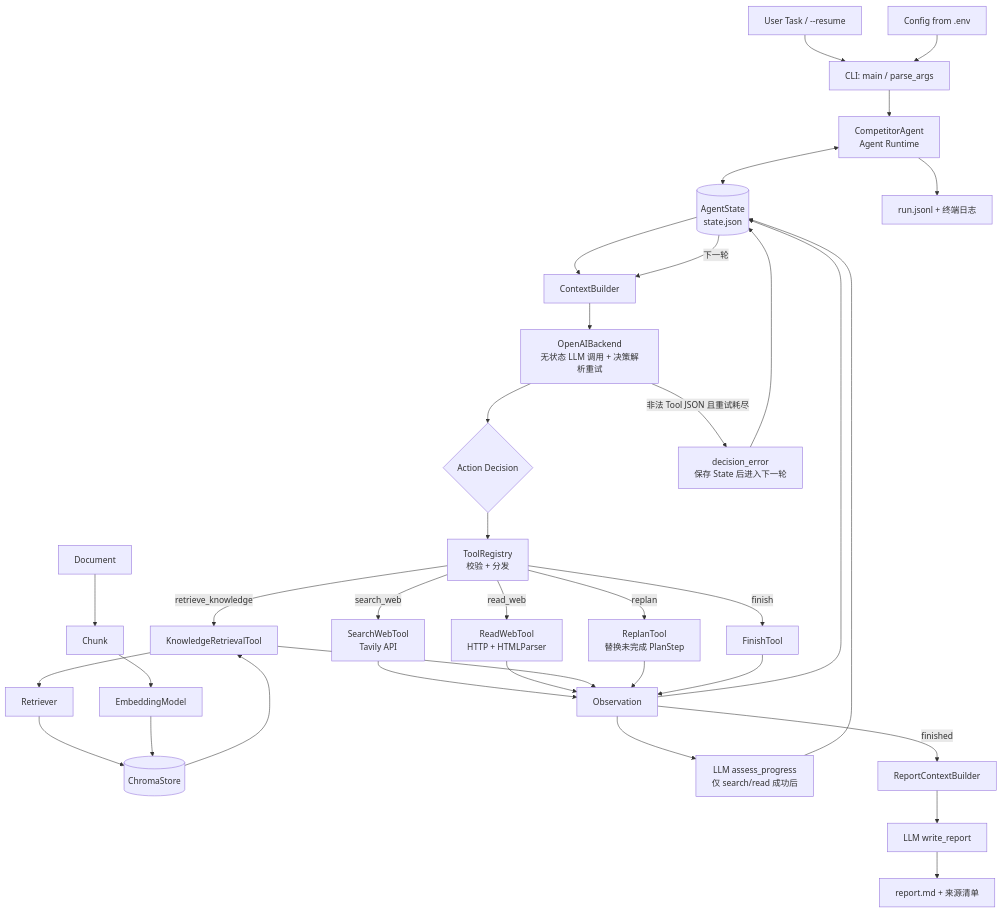
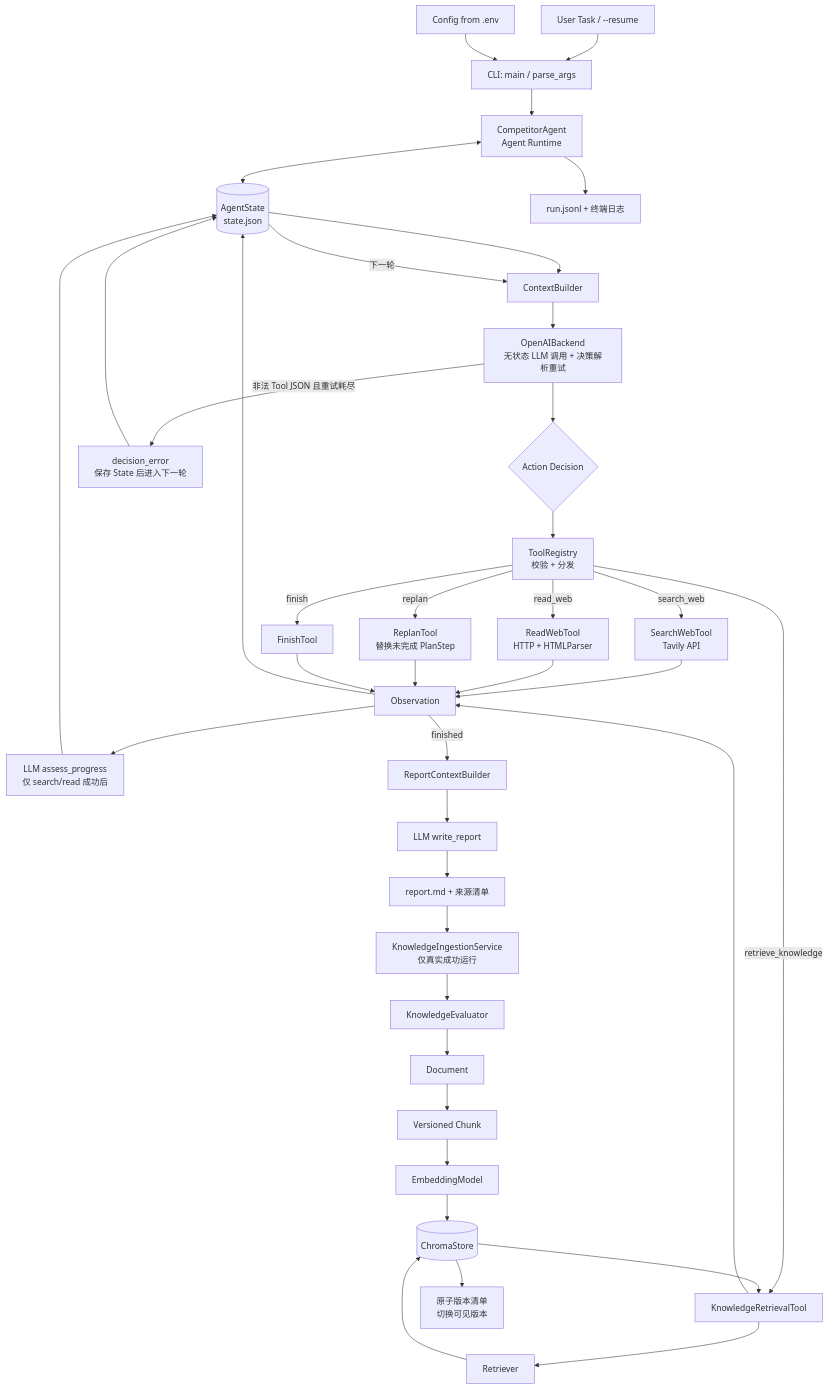
One commit to chiye0916/agent-competitor changed the first of 3 diagrams in docs/ARCHITECTURE.md. Above: the diagram before and after it, drawn with Mermaid. The commit also changed other lines of this file and 17 other files, not shown here.

Commit message:
feat: add knowledge ingestion and incremental indexing

````diff
--- a/docs/ARCHITECTURE.md
+++ b/docs/ARCHITECTURE.md
@@ -9,38 +9,41 @@
 ```mermaid
 flowchart TD
     U[User Task / --resume] --> CLI[CLI: main / parse_args]
     CFG[Config from .env] --> CLI
     CLI --> A[CompetitorAgent<br/>Agent Runtime]
     A <--> S[(AgentState<br/>state.json)]
     S --> C[ContextBuilder]
     C --> L[OpenAIBackend<br/>无状态 LLM 调用 + 决策解析重试]
     L --> D{Action Decision}
     L -->|非法 Tool JSON 且重试耗尽| DE[decision_error<br/>保存 State 后进入下一轮]
     DE --> S
     D --> TR[ToolRegistry<br/>校验 + 分发]
     TR -->|search_web| SW[SearchWebTool<br/>Tavily API]
     TR -->|read_web| RW[ReadWebTool<br/>HTTP + HTMLParser]
     TR -->|retrieve_knowledge| KT[KnowledgeRetrievalTool]
     TR -->|replan| RP[ReplanTool<br/>替换未完成 PlanStep]
     TR -->|finish| FN[FinishTool]
     SW --> O[Observation]
     RW --> O
     KT --> RET[Retriever]
     RET --> VS[(ChromaStore)]
     VS --> KT
     KT --> O
     RP --> O
     FN --> O
     O --> PA[LLM assess_progress<br/>仅 search/read 成功后]
     PA --> S
     O --> S
     S -->|下一轮| C
     O -->|finished| RC[ReportContextBuilder]
     RC --> WR[LLM write_report]
     WR --> R[report.md + 来源清单]
-    A --> J[run.jsonl + 终端日志]
-
-    DOC[Document] --> CH[Chunk]
+    R --> KIS[KnowledgeIngestionService<br/>仅真实成功运行]
+    KIS --> KE[KnowledgeEvaluator]
+    KE --> DOC[Document]
+    DOC --> CH[Versioned Chunk]
     CH --> EM[EmbeddingModel]
     EM --> VS
+    VS --> VM[原子版本清单<br/>切换可见版本]
+    A --> J[run.jsonl + 终端日志]
 ```
````
